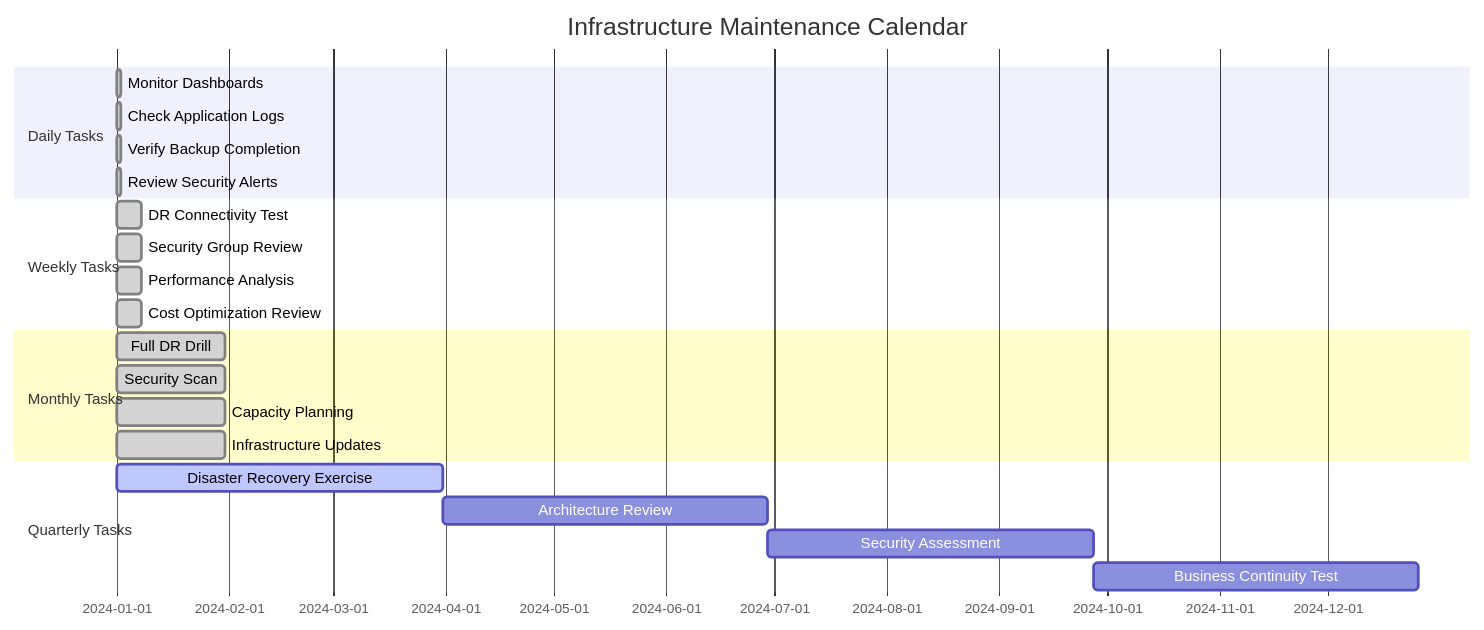
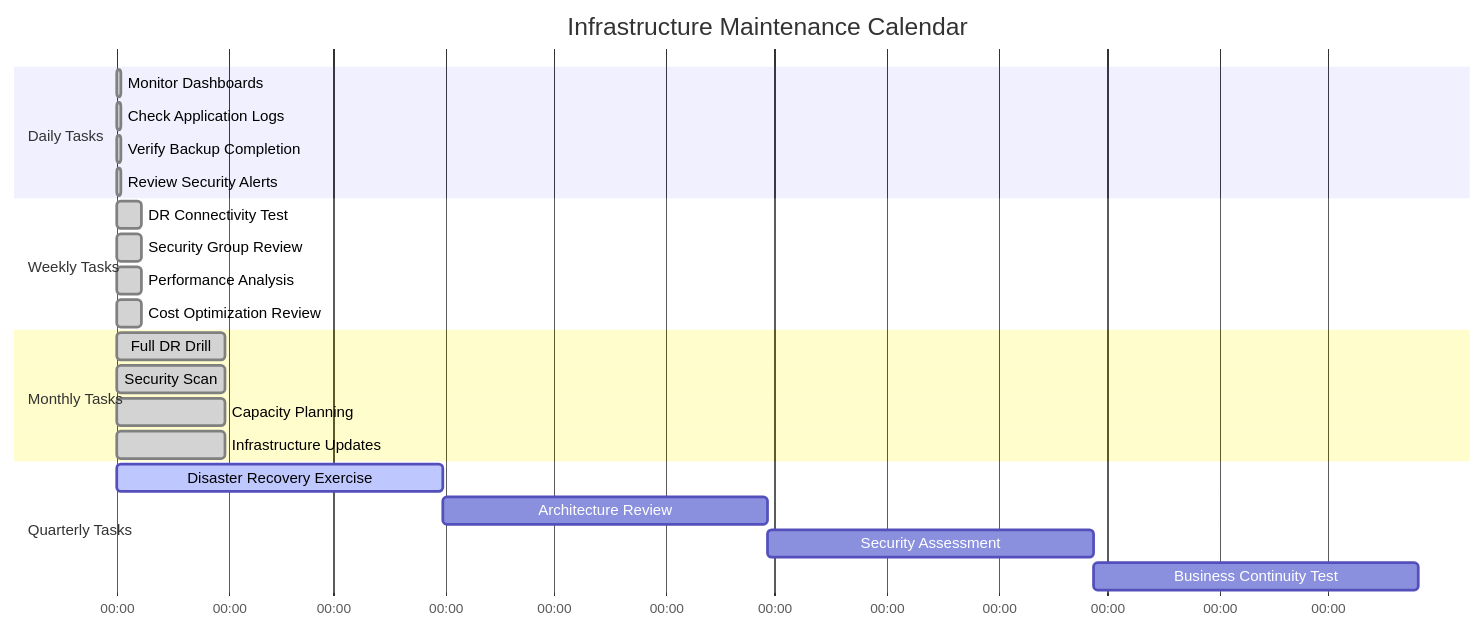
One commit to mangucletus/disaster-recovery-for-containerized-lamp-stack-application changed diagram 16 of 20 in README.md. Above: the diagram before and after it, drawn with Mermaid. The commit also changed other lines of this file, not shown here.

````diff
--- a/README.md
+++ b/README.md
@@ -1234,28 +1234,30 @@
 ```mermaid
 gantt
     title Infrastructure Maintenance Calendar
     dateFormat  YYYY-MM-DD
+    axisFormat %M:%S
+    
     section Daily Tasks
     Monitor Dashboards          :done, daily1, 2024-01-01, 1d
     Check Application Logs      :done, daily2, 2024-01-01, 1d
     Verify Backup Completion    :done, daily3, 2024-01-01, 1d
     Review Security Alerts      :done, daily4, 2024-01-01, 1d
     
     section Weekly Tasks
     DR Connectivity Test        :done, weekly1, 2024-01-01, 7d
     Security Group Review       :done, weekly2, 2024-01-01, 7d
     Performance Analysis        :done, weekly3, 2024-01-01, 7d
     Cost Optimization Review    :done, weekly4, 2024-01-01, 7d
     
     section Monthly Tasks
     Full DR Drill              :done, monthly1, 2024-01-01, 30d
     Security Scan               :done, monthly2, 2024-01-01, 30d
     Capacity Planning           :done, monthly3, 2024-01-01, 30d
     Infrastructure Updates      :done, monthly4, 2024-01-01, 30d
     
     section Quarterly Tasks
     Disaster Recovery Exercise  :active, quarterly1, 2024-01-01, 90d
     Architecture Review         :quarterly2, after quarterly1, 90d
     Security Assessment         :quarterly3, after quarterly2, 90d
     Business Continuity Test    :quarterly4, after quarterly3, 90d
 ```
````
